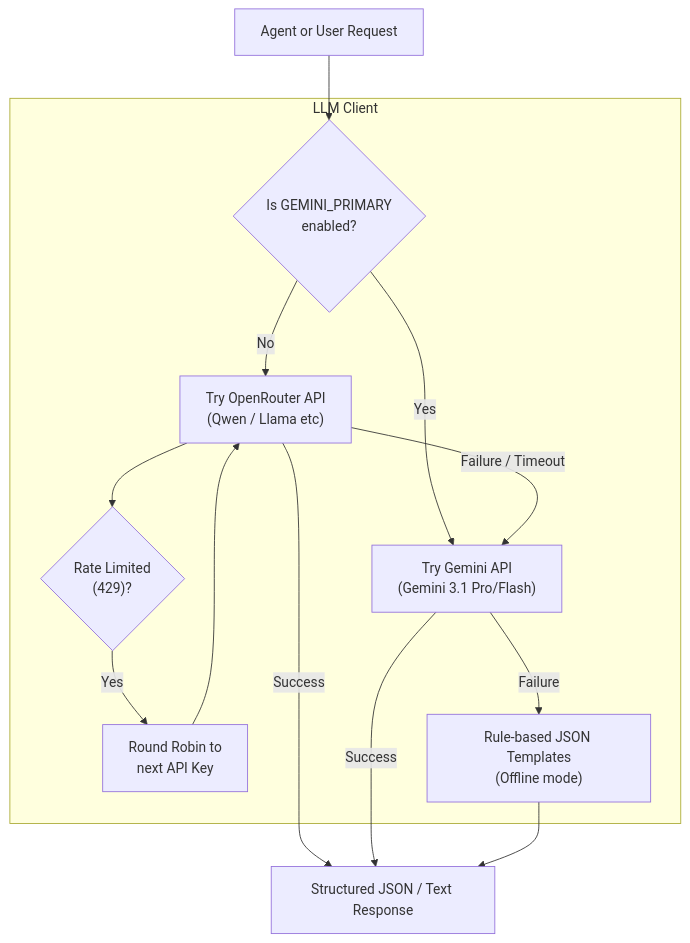
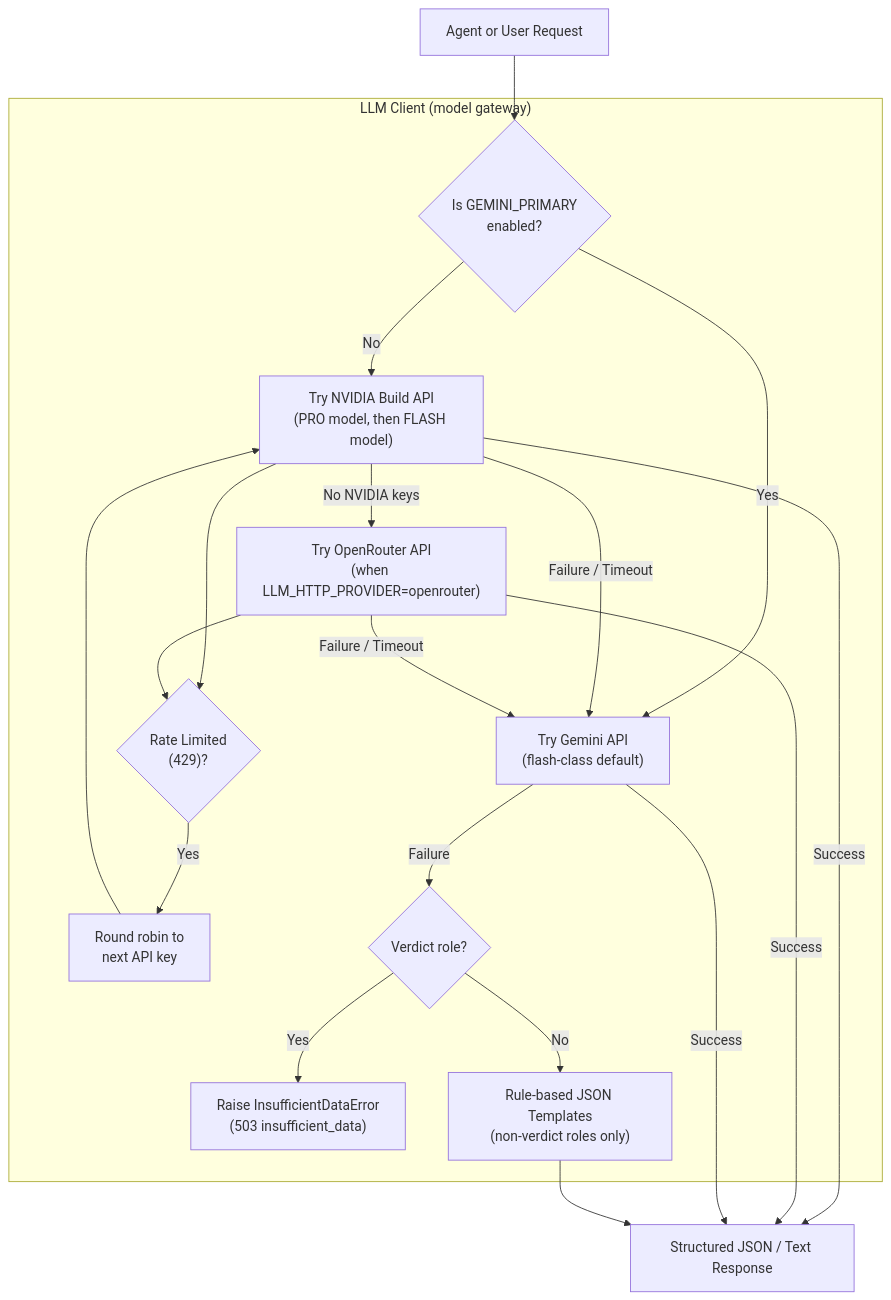
One commit to manojsilwal/tradetalkapp changed the second of 8 diagrams in docs/SYSTEM_DIAGRAMS.md. Above: the diagram before and after it, drawn with Mermaid. The commit also changed other lines of this file and 3 other files, not shown here.

````diff
--- a/docs/SYSTEM_DIAGRAMS.md
+++ b/docs/SYSTEM_DIAGRAMS.md
@@ -61,33 +67,42 @@
 ```mermaid
 flowchart TD
     Request["Agent or User Request"]
 
-    subgraph LLM_Engine ["LLM Client"]
+    subgraph LLM_Engine ["LLM Client (model gateway)"]
         CheckPrimary{"Is GEMINI_PRIMARY\nenabled?"}
 
-        OpenRouterPath["Try OpenRouter API\n(Qwen / Llama etc)"]
-        GeminiPath["Try Gemini API\n(Gemini 3.1 Pro/Flash)"]
+        NvidiaPath["Try NVIDIA Build API\n(PRO model, then FLASH model)"]
+        OpenRouterPath["Try OpenRouter API\n(when LLM_HTTP_PROVIDER=openrouter)"]
+        GeminiPath["Try Gemini API\n(flash-class default)"]
 
         CheckRateLimit{"Rate Limited\n(429)?"}
-        RetryKeys["Round Robin to\nnext API Key"]
+        RetryKeys["Round robin to\nnext API key"]
 
-        Fallback["Rule-based JSON Templates\n(Offline mode)"]
+        Verdict{"Verdict role?"}
+        Refuse["Raise InsufficientDataError\n(503 insufficient_data)"]
+        Fallback["Rule-based JSON Templates\n(non-verdict roles only)"]
     end
 
     Response["Structured JSON / Text Response"]
 
     Request --> CheckPrimary
-    CheckPrimary -- "No" --> OpenRouterPath
+    CheckPrimary -- "No" --> NvidiaPath
     CheckPrimary -- "Yes" --> GeminiPath
 
+    NvidiaPath --> CheckRateLimit
     OpenRouterPath --> CheckRateLimit
     CheckRateLimit -- "Yes" --> RetryKeys
-    RetryKeys --> OpenRouterPath
+    RetryKeys --> NvidiaPath
 
+    NvidiaPath -- "No NVIDIA keys" --> OpenRouterPath
+    NvidiaPath -- "Failure / Timeout" --> GeminiPath
     OpenRouterPath -- "Failure / Timeout" --> GeminiPath
-    GeminiPath -- "Failure" --> Fallback
+    GeminiPath -- "Failure" --> Verdict
+    Verdict -- "Yes" --> Refuse
+    Verdict -- "No" --> Fallback
 
+    NvidiaPath -- "Success" --> Response
     OpenRouterPath -- "Success" --> Response
     GeminiPath -- "Success" --> Response
     Fallback --> Response
 ```
````
